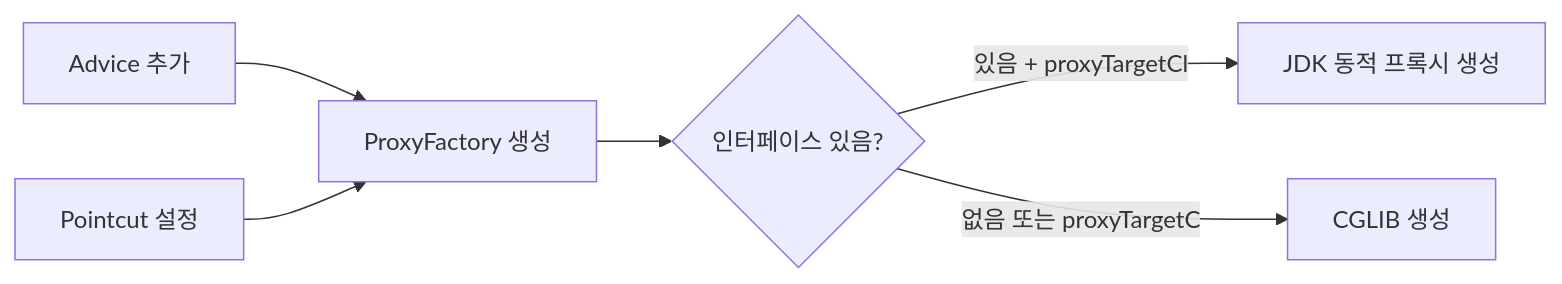
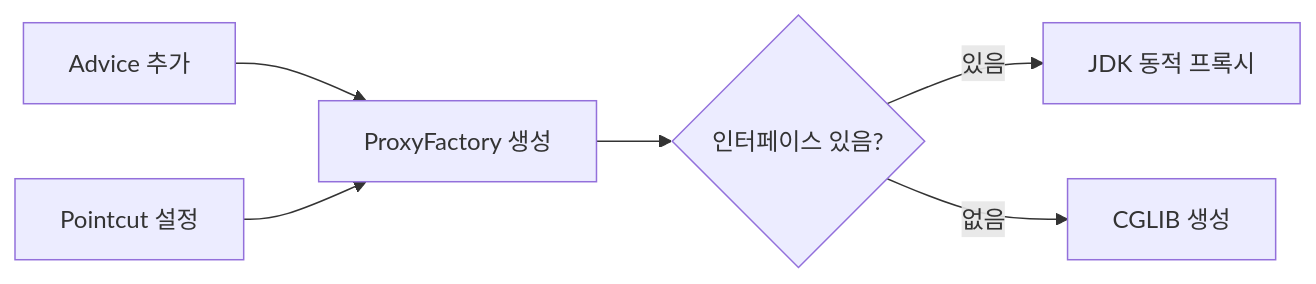
The fourth of 11 diagrams in _posts/spring/2026-05-02-spring-core-advanced.md (yjkim2015/yjkim2015.github.io), drawn with Mermaid before and after one commit. The commit also changed other lines of this file and 84 other files, not shown here.

First line of the commit message:
85개 포스트 Mermaid 다이어그램 규칙 일괄 수정

````diff
--- a/_posts/spring/2026-05-02-spring-core-advanced.md
+++ b/_posts/spring/2026-05-02-spring-core-advanced.md
@@ -244,8 +235,8 @@
 ```mermaid
-flowchart LR
+graph LR
     A["ProxyFactory 생성"] --> B{"인터페이스 있음?"}
-    B -->|"있음 + proxyTargetCl"| C["JDK 동적 프록시 생성"]
-    B -->|"없음 또는 proxyTargetC"| D["CGLIB 생성"]
+    B -->|"있음"| C["JDK 동적 프록시"]
+    B -->|"없음"| D["CGLIB 생성"]
     E["Advice 추가"] --> A
     F["Pointcut 설정"] --> A
 ```
````
